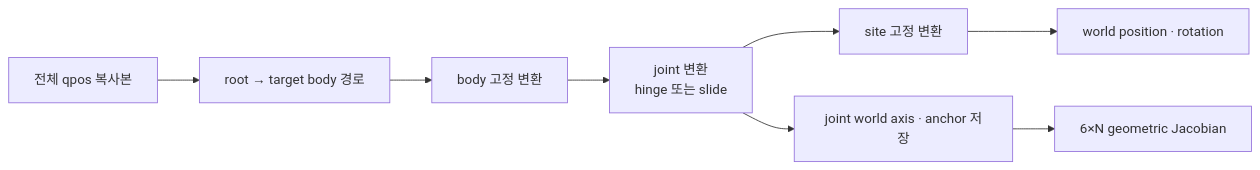
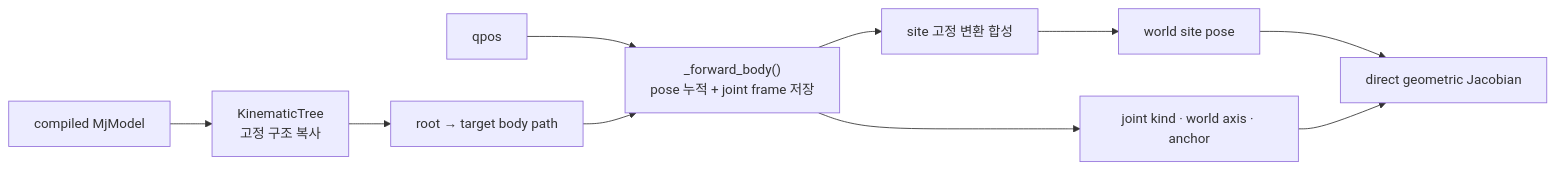
Before and after one commit to Geonhee-LEE/aiworker-mj-lab: the diagram in docs/guide/forward-kinematics.md, drawn with Mermaid. The commit also changed other lines of this file and 54 other files, not shown here.

````diff
--- a/docs/guide/forward-kinematics.md
+++ b/docs/guide/forward-kinematics.md
@@ -10,10 +11,12 @@
 ```mermaid
 flowchart LR
-    Q["전체 qpos 복사본"] --> P["root → target body 경로"]
-    P --> B["body 고정 변환"]
-    B --> J["joint 변환<br>hinge 또는 slide"]
-    J --> S["site 고정 변환"]
-    S --> X["world position · rotation"]
-    J --> F["joint world axis · anchor 저장"]
-    F --> G["6×N geometric Jacobian"]
+    M["compiled MjModel"] --> T["KinematicTree<br>고정 구조 복사"]
+    T --> P["root → target body path"]
+    Q["qpos"] --> FK["_forward_body()<br>pose 누적 + joint frame 저장"]
+    P --> FK
+    FK --> S["site 고정 변환 합성"]
+    S --> X["world site pose"]
+    FK --> F["joint kind · world axis · anchor"]
+    X --> J["direct geometric Jacobian"]
+    F --> J
 ```
````
